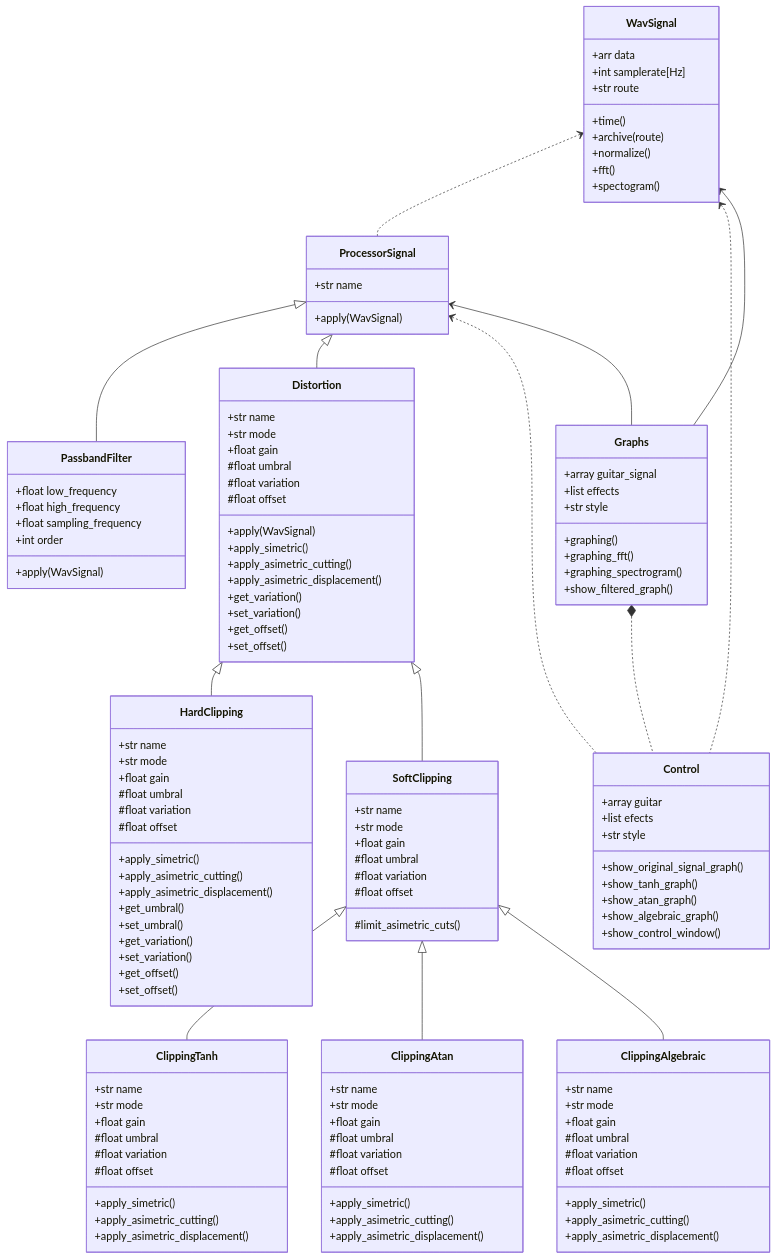
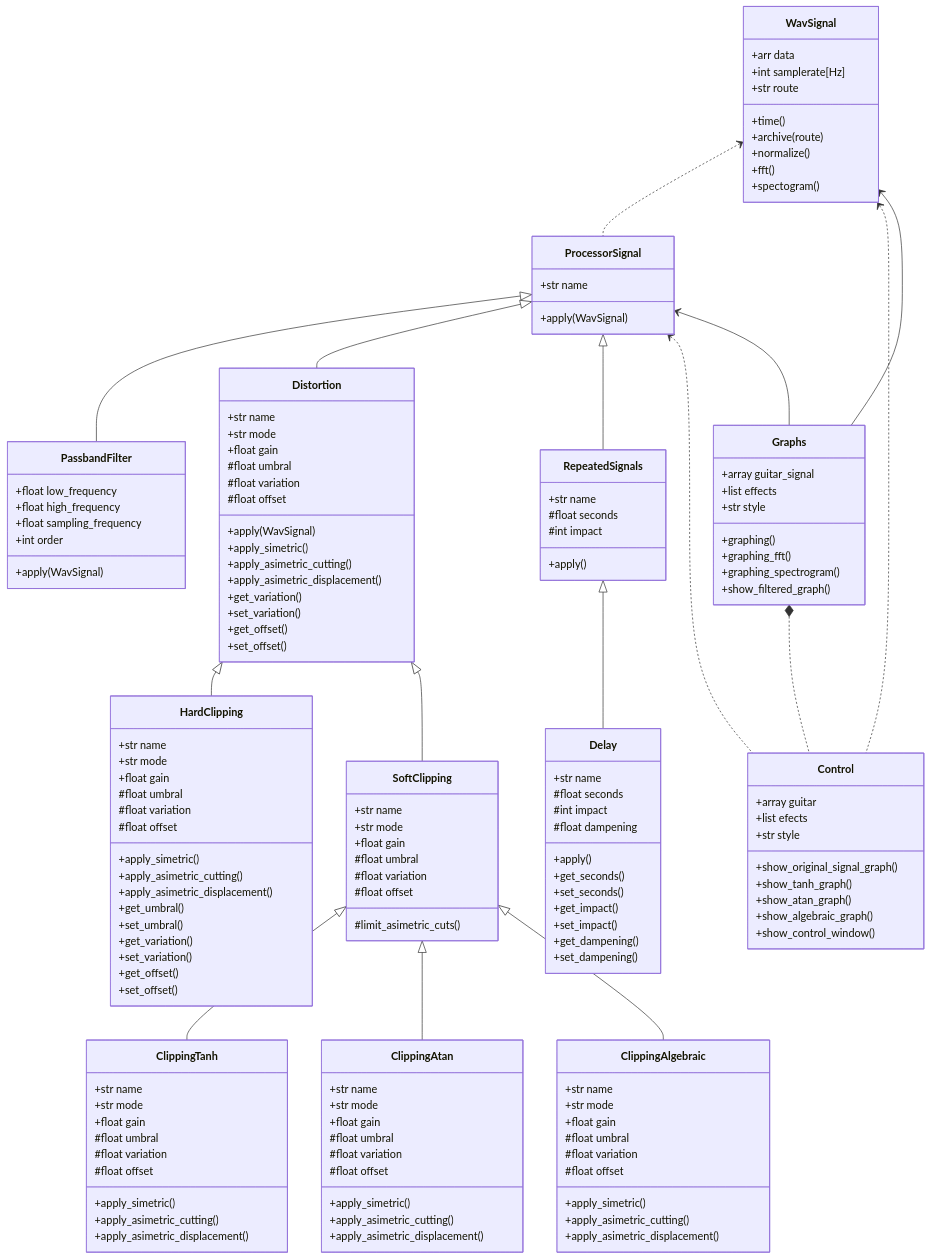
Before and after one commit to angutierrezgi/Blue_Slashes: the diagram in README.md, drawn with Mermaid. The commit also changed other lines of this file, not shown here.

Commit message:
Documentado efecto Delay en README
Agregado efecto Delay, y tabla de valores para su aplicación en el README

```diff
--- a/README.md
+++ b/README.md
@@ -304,6 +329,27 @@
 	    +apply_asimetric_displacement()
         
     }
+	class RepeatedSignals {
+		+str name
+		#float seconds
+		#int impact
+		+apply()
+	}
+
+	class Delay {
+		+str name
+		#float seconds
+		#int impact
+		#float dampening
+		+apply()
+        +get_seconds()
+        +set_seconds()
+        +get_impact()
+        +set_impact()
+        +get_dampening()
+        +set_dampening()
+	}
+
     class Control {
         +array guitar
         +list efects
@@ -315,23 +361,25 @@
         +show_control_window()
     }
     class Graphs {
-    +array guitar_signal
-    +list effects
-    +str style
-    +graphing()
-    +graphing_fft()
-    +graphing_spectrogram()
-    +show_filtered_graph()
+	    +array guitar_signal
+	    +list effects
+	    +str style
+	    +graphing()
+	    +graphing_fft()
+	    +graphing_spectrogram()
+	    +show_filtered_graph()
     }
 
     WavSignal <.. ProcessorSignal
     ProcessorSignal <|-- PassbandFilter
     ProcessorSignal <|-- Distortion
+	ProcessorSignal <|-- RepeatedSignals
     Distortion <|-- HardClipping
     Distortion <|-- SoftClipping
     SoftClipping <|-- ClippingTanh
     SoftClipping <|-- ClippingAtan
     SoftClipping <|-- ClippingAlgebraic
+	RepeatedSignals <|-- Delay
     ProcessorSignal <.. Control
     WavSignal <.. Control
     Graphs *.. Control
```
